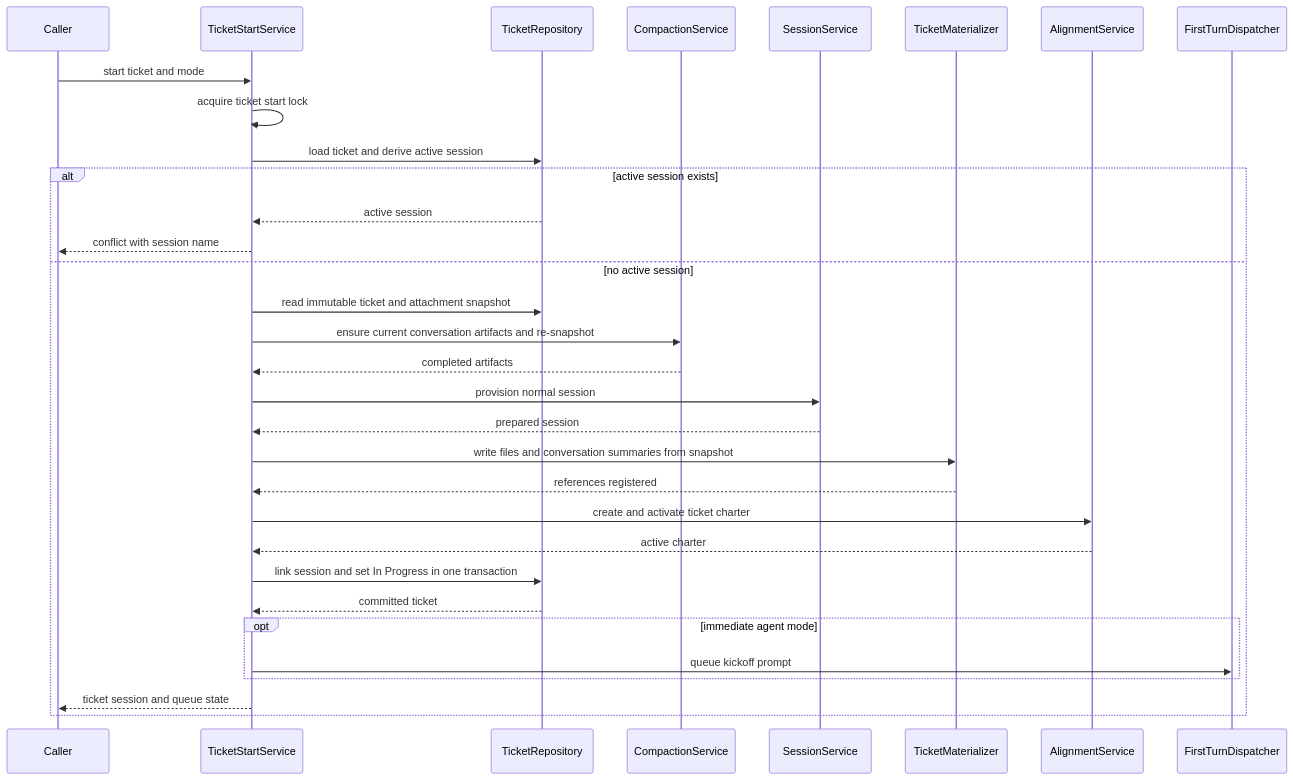
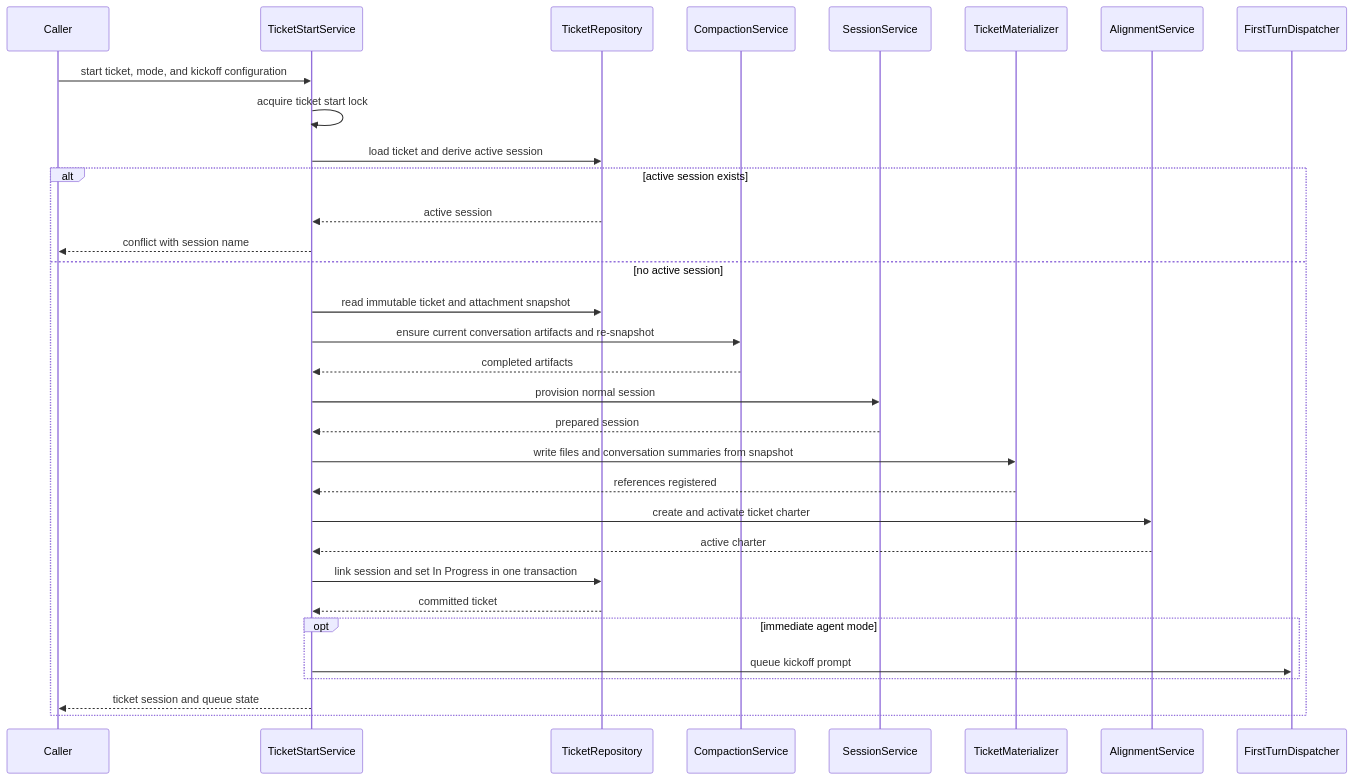
The second of 4 diagrams in .kiro/specs/ticket-system/design.md (amhuppert/remote-ai-manager), drawn with Mermaid before and after one commit. The commit also changed other lines of this file and 29 other files, not shown here.

First line of the commit message:
Improve ticket kickoff settings and prompt ticket autocomplete

````diff
--- a/.kiro/specs/ticket-system/design.md
+++ b/.kiro/specs/ticket-system/design.md
@@ -232,35 +232,35 @@
 ```mermaid
 sequenceDiagram
     participant Caller
     participant Start as TicketStartService
     participant Repo as TicketRepository
     participant Compact as CompactionService
     participant Session as SessionService
     participant Material as TicketMaterializer
     participant Align as AlignmentService
     participant Prompt as FirstTurnDispatcher
 
-    Caller->>Start: start ticket and mode
+    Caller->>Start: start ticket, mode, and kickoff configuration
     Start->>Start: acquire ticket start lock
     Start->>Repo: load ticket and derive active session
     alt active session exists
         Repo-->>Start: active session
         Start-->>Caller: conflict with session name
     else no active session
         Start->>Repo: read immutable ticket and attachment snapshot
         Start->>Compact: ensure current conversation artifacts and re-snapshot
         Compact-->>Start: completed artifacts
         Start->>Session: provision normal session
         Session-->>Start: prepared session
         Start->>Material: write files and conversation summaries from snapshot
         Material-->>Start: references registered
         Start->>Align: create and activate ticket charter
         Align-->>Start: active charter
         Start->>Repo: link session and set In Progress in one transaction
         Repo-->>Start: committed ticket
         opt immediate agent mode
             Start->>Prompt: queue kickoff prompt
         end
         Start-->>Caller: ticket session and queue state
     end
 ```
````
